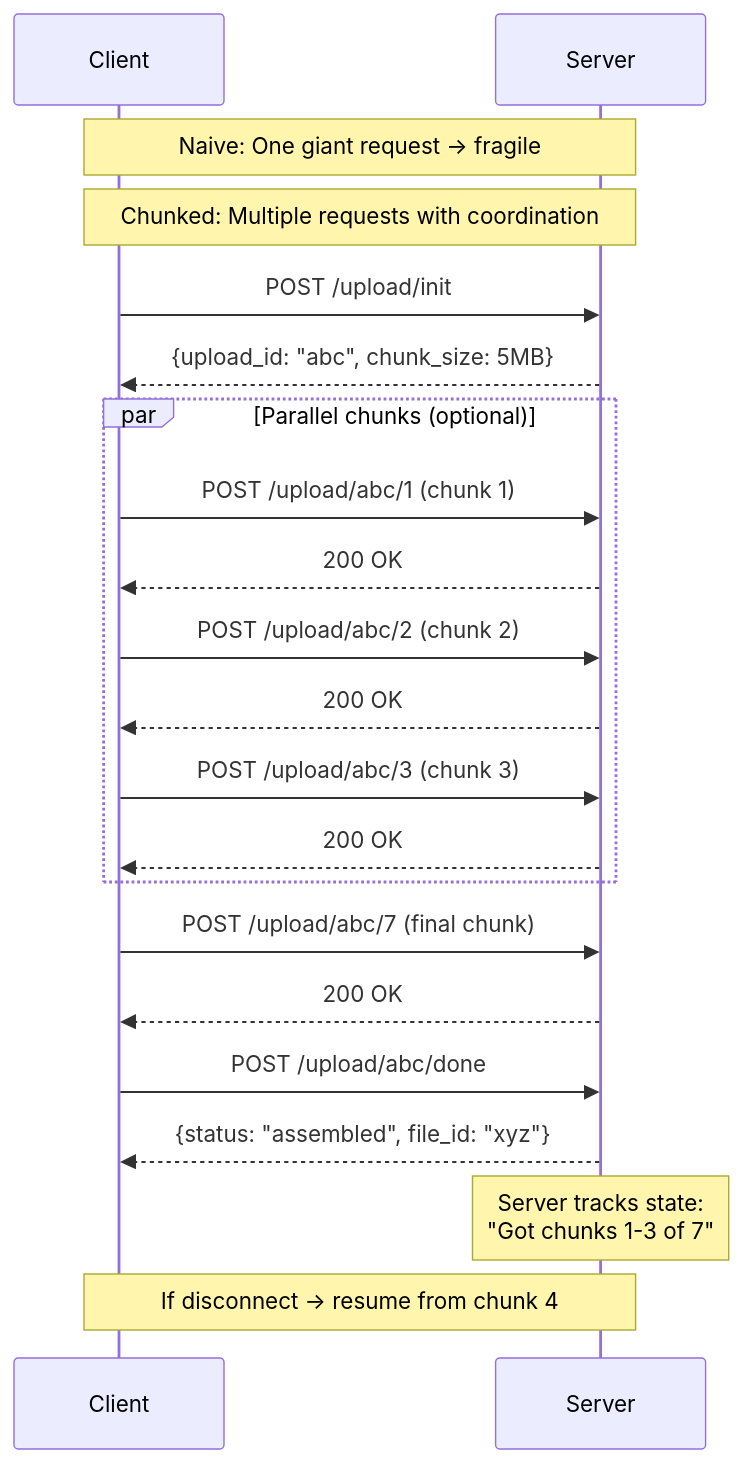
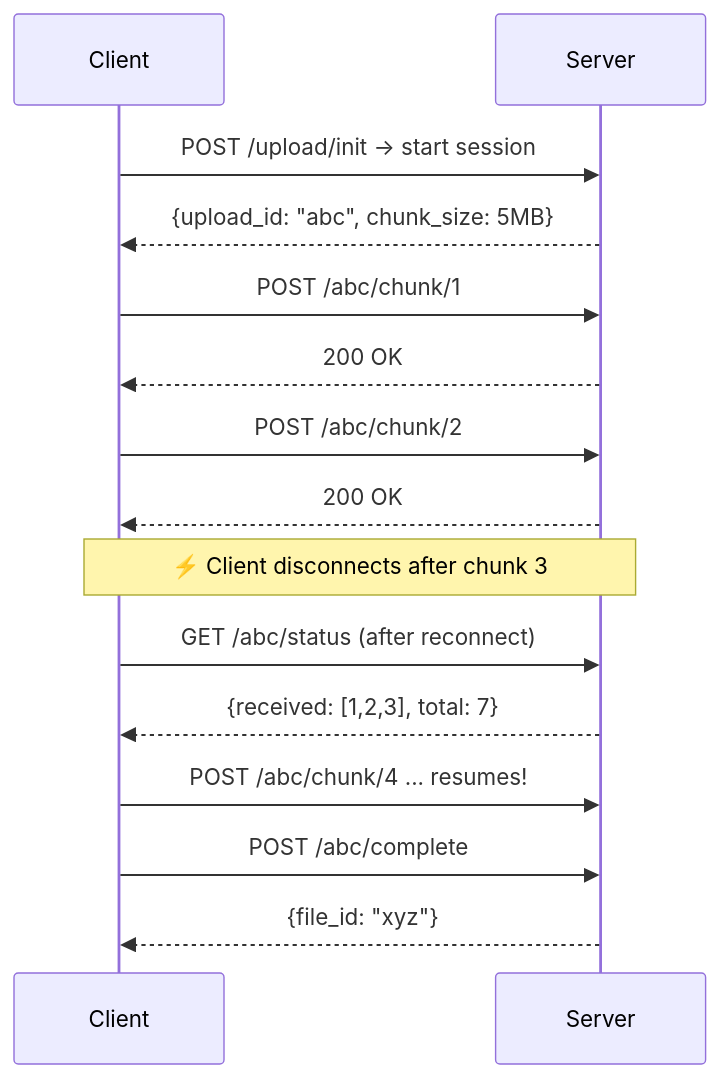
Before and after one commit to usamaElsharkawi/Fundamentals-of-Backend-Engineering: diagram 11 of 14 in Section 2: Backend Communication Design Patterns/lecture-07-request-response.md, drawn with Mermaid. The commit also changed other lines of this file and 1 other file, not shown here.

````diff
--- a/Section 2: Backend Communication Design Patterns/lecture-07-request-response.md
+++ b/Section 2: Backend Communication Design Patterns/lecture-07-request-response.md
@@ -212,28 +452,17 @@
 ```mermaid
 sequenceDiagram
-    participant Client
-    participant Server
-
-    Note over Client,Server: Naive: One giant request → fragile
-    Note over Client,Server: Chunked: Multiple requests with coordination
-
-    Client->>Server: POST /upload/init
-    Server-->>Client: {upload_id: "abc", chunk_size: 5MB}
-
-    par Parallel chunks (optional)
-        Client->>Server: POST /upload/abc/1 (chunk 1)
-        Server-->>Client: 200 OK
-        Client->>Server: POST /upload/abc/2 (chunk 2)
-        Server-->>Client: 200 OK
-        Client->>Server: POST /upload/abc/3 (chunk 3)
-        Server-->>Client: 200 OK
-    end
-
-    Client->>Server: POST /upload/abc/7 (final chunk)
-    Server-->>Client: 200 OK
-    Client->>Server: POST /upload/abc/done
-    Server-->>Client: {status: "assembled", file_id: "xyz"}
-
-    Note over Server: Server tracks state:<br/>"Got chunks 1-3 of 7"
-    Note over Client,Server: If disconnect → resume from chunk 4
+    participant C as Client
+    participant S as Server
+    C->>S: POST /upload/init → start session
+    S-->>C: {upload_id: "abc", chunk_size: 5MB}
+    C->>S: POST /abc/chunk/1
+    S-->>C: 200 OK
+    C->>S: POST /abc/chunk/2
+    S-->>C: 200 OK
+    Note over C,S: ⚡ Client disconnects after chunk 3
+    C->>S: GET /abc/status (after reconnect)
+    S-->>C: {received: [1,2,3], total: 7}
+    C->>S: POST /abc/chunk/4 ... resumes!
+    C->>S: POST /abc/complete
+    S-->>C: {file_id: "xyz"}
 ```
````
